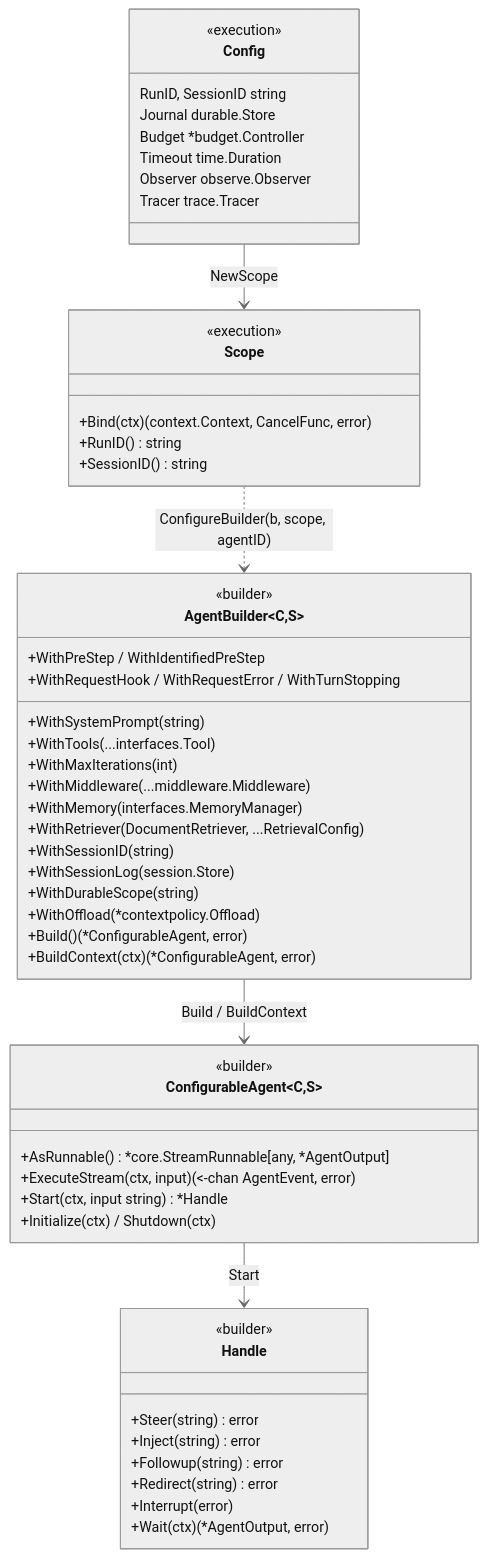
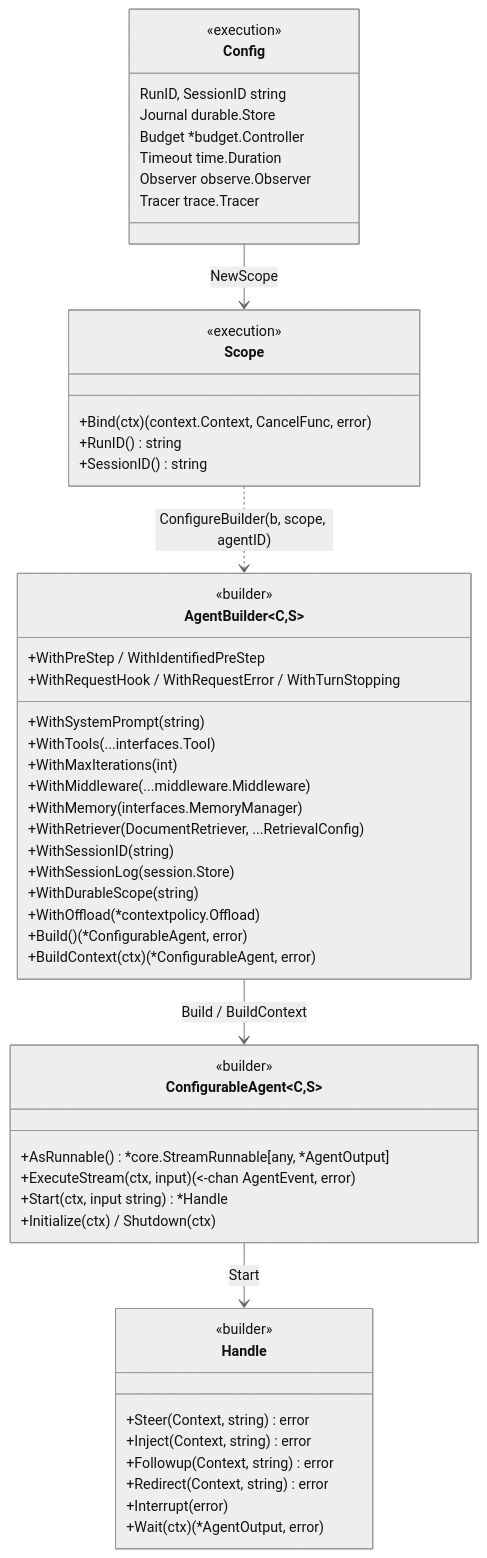
One commit to kart-io/goagent changed the first of 5 diagrams in docs/architecture/COMPONENT_DIAGRAM.md. Above: the diagram before and after it, drawn with Mermaid (neutral theme). The commit also changed 43 other files, not shown here.

````diff
--- a/docs/architecture/COMPONENT_DIAGRAM.md
+++ b/docs/architecture/COMPONENT_DIAGRAM.md
@@ -7,55 +7,55 @@
 ```mermaid
 classDiagram
     class AgentBuilder~C,S~ {
         <<builder>>
         +WithSystemPrompt(string)
         +WithTools(...interfaces.Tool)
         +WithMaxIterations(int)
         +WithMiddleware(...middleware.Middleware)
         +WithMemory(interfaces.MemoryManager)
         +WithRetriever(DocumentRetriever, ...RetrievalConfig)
         +WithSessionID(string)
         +WithSessionLog(session.Store)
         +WithDurableScope(string)
         +WithPreStep / WithIdentifiedPreStep
         +WithRequestHook / WithRequestError / WithTurnStopping
         +WithOffload(*contextpolicy.Offload)
         +Build() (*ConfigurableAgent, error)
         +BuildContext(ctx) (*ConfigurableAgent, error)
     }
     class ConfigurableAgent~C,S~ {
         <<builder>>
         +AsRunnable() *core.StreamRunnable[any, *AgentOutput]
         +ExecuteStream(ctx, input) (<-chan AgentEvent, error)
         +Start(ctx, input string) *Handle
         +Initialize(ctx) / Shutdown(ctx)
     }
     class Handle {
         <<builder>>
-        +Steer(string) error
-        +Inject(string) error
-        +Followup(string) error
-        +Redirect(string) error
+        +Steer(Context, string) error
+        +Inject(Context, string) error
+        +Followup(Context, string) error
+        +Redirect(Context, string) error
         +Interrupt(error)
         +Wait(ctx) (*AgentOutput, error)
     }
     class Scope {
         <<execution>>
         +Bind(ctx) (context.Context, CancelFunc, error)
         +RunID() string
         +SessionID() string
     }
     class Config {
         <<execution>>
         RunID, SessionID string
         Journal durable.Store
         Budget *budget.Controller
         Timeout time.Duration
         Observer observe.Observer
         Tracer trace.Tracer
     }
     AgentBuilder --> ConfigurableAgent : Build / BuildContext
     ConfigurableAgent --> Handle : Start
     Config --> Scope : NewScope
     Scope ..> AgentBuilder : ConfigureBuilder(b, scope, agentID)
 ```
````
